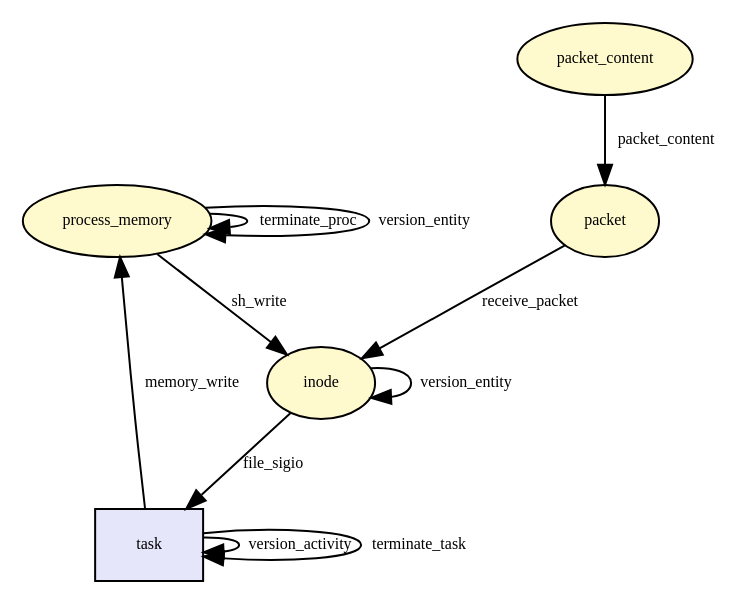
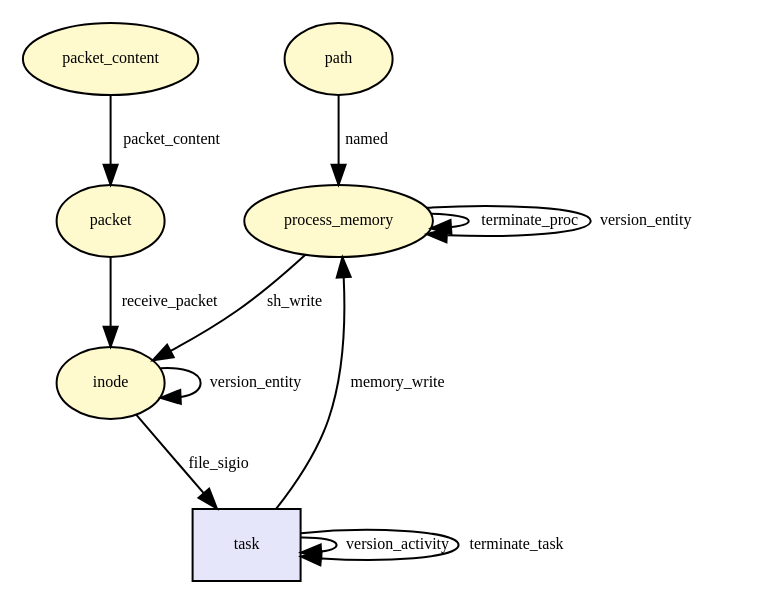
The diagram in docs/dot/__x64_sys_setns.dot (CamFlow/camflow-dev), drawn with Graphviz before and after one commit. The commit also changed 52 other files, not shown here.

```diff
--- a/docs/dot/__x64_sys_setns.dot
+++ b/docs/dot/__x64_sys_setns.dot
@@ -1,31 +1,35 @@
 digraph RGL__DirectedAdjacencyGraph {process_memory[fontsize = 8,label = process_memory,shape = ellipse, fillcolor="#fffacd", style = filled]
 
 process_memory -> process_memory[fontsize = 8,label = terminate_proc]
 
 inode[fontsize = 8,label = inode,shape = ellipse, fillcolor="#fffacd", style = filled]
 
 task[fontsize = 8,label = task,shape = rectangle, fillcolor="#e6e6fa", style = filled]
 
 inode -> task[fontsize = 8,label = file_sigio]
 
 task -> process_memory[fontsize = 8,label = memory_write]
 
 task -> task[fontsize = 8,label = version_activity]
 
 process_memory -> process_memory[fontsize = 8,label = version_entity]
 
 process_memory -> inode[fontsize = 8,label = sh_write]
 
 inode -> inode[fontsize = 8,label = version_entity]
 
+path[fontsize = 8,label = path,shape = ellipse, fillcolor="#fffacd", style = filled]
+
+path -> process_memory[fontsize = 8,label = named]
+
 packet_content[fontsize = 8,label = packet_content,shape = ellipse, fillcolor="#fffacd", style = filled]
 
 packet[fontsize = 8,label = packet,shape = ellipse, fillcolor="#fffacd", style = filled]
 
 packet_content -> packet[fontsize = 8,label = packet_content]
 
 packet -> inode[fontsize = 8,label = receive_packet]
 
 task -> task[fontsize = 8,label = terminate_task]
 
 }
```
